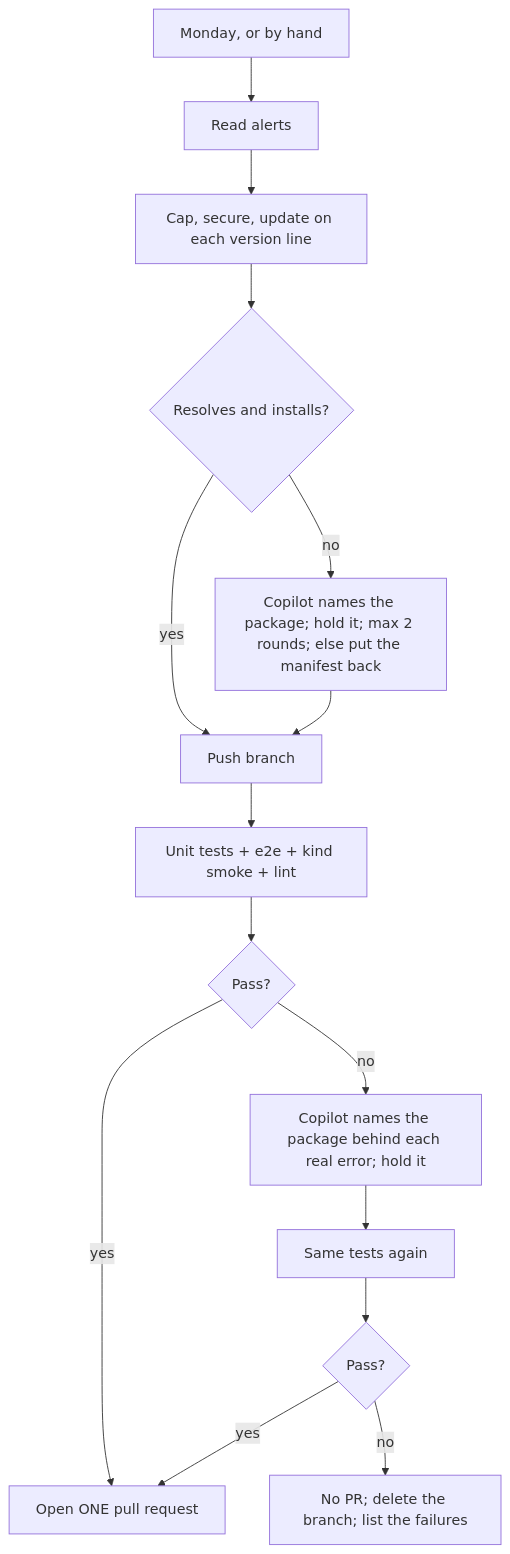
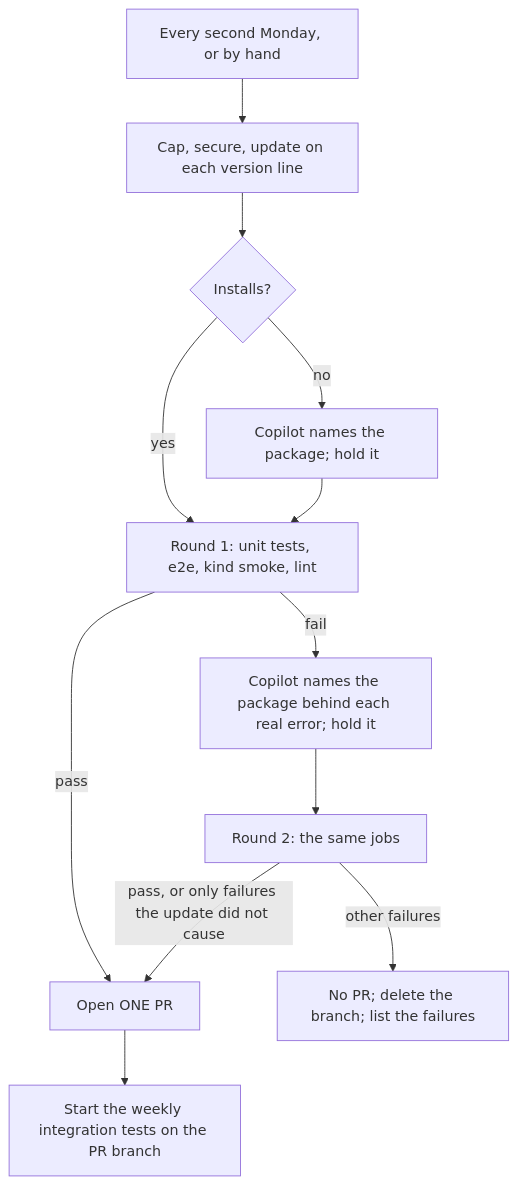
Before and after one commit to yaalalabs/agent-kernel: the diagram in docs/specs/659-824-dependency-workflows/design.md, drawn with Mermaid. The commit also changed other lines of this file and 4 other files, not shown here.

Commit message:
ci(deps): integration tests after the PR, Copilot checks untested twins

````diff
--- a/docs/specs/659-824-dependency-workflows/design.md
+++ b/docs/specs/659-824-dependency-workflows/design.md
@@ -26,17 +20,14 @@
 ```mermaid
 flowchart TD
-    A[Monday, or by hand] --> B[Read alerts]
-    B --> C[Cap, secure, update on each version line]
-    C --> D{Resolves and installs?}
-    D -- no --> E[Copilot names the package; hold it; max 2 rounds; else put the manifest back]
-    D -- yes --> F
-    E --> F[Push branch]
-    F --> T1[Unit tests + e2e + kind smoke + lint]
-    T1 --> P{Pass?}
-    P -- yes --> M[Open ONE pull request]
-    P -- no --> X[Copilot names the package behind each real error; hold it]
-    X --> T2[Same tests again]
-    T2 --> Q{Pass?}
-    Q -- yes --> M
-    Q -- no --> N[No PR; delete the branch; list the failures]
+    A[Every second Monday, or by hand] --> B[Cap, secure, update on each version line]
+    B --> C{Installs?}
+    C -- no --> D[Copilot names the package; hold it]
+    C -- yes --> E
+    D --> E[Round 1: unit tests, e2e, kind smoke, lint]
+    E -- pass --> M[Open ONE PR]
+    E -- fail --> F[Copilot names the package behind each real error; hold it]
+    F --> G[Round 2: the same jobs]
+    G -- pass, or only failures the update did not cause --> M
+    G -- other failures --> N[No PR; delete the branch; list the failures]
+    M --> I[Start the weekly integration tests on the PR branch]
 ```
````
